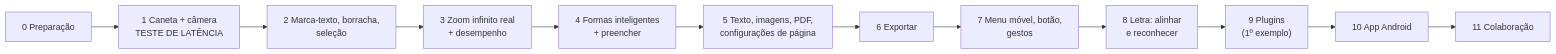
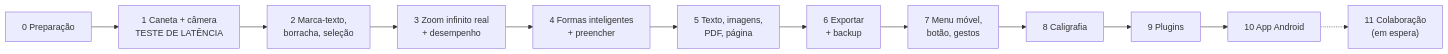
Before and after one commit to OMaia-Pedro/maia-class: the diagram in docs/plano-completo.md, drawn with Mermaid. The commit also changed other lines of this file and 10 other files, not shown here.

````diff
--- a/docs/plano-completo.md
+++ b/docs/plano-completo.md
@@ -154,14 +104,14 @@
 ```mermaid
 flowchart LR
     F0["0 Preparação"] --> F1["1 Caneta + câmera<br/>TESTE DE LATÊNCIA"]
-    F1 --> F2["2 Marca-texto, borracha,<br/>seleção"]
+    F1 --> F2["2 Marca-texto,<br/>borracha, seleção"]
     F2 --> F3["3 Zoom infinito real<br/>+ desempenho"]
     F3 --> F4["4 Formas inteligentes<br/>+ preencher"]
-    F4 --> F5["5 Texto, imagens, PDF,<br/>configurações de página"]
-    F5 --> F6["6 Exportar"]
-    F6 --> F7["7 Menu móvel, botão,<br/>gestos"]
-    F7 --> F8["8 Letra: alinhar<br/>e reconhecer"]
-    F8 --> F9["9 Plugins<br/>(1º exemplo)"]
+    F4 --> F5["5 Texto, imagens,<br/>PDF, página"]
+    F5 --> F6["6 Exportar<br/>+ backup"]
+    F6 --> F7["7 Menu móvel,<br/>botão, gestos"]
+    F7 --> F8["8 Caligrafia"]
+    F8 --> F9["9 Plugins"]
     F9 --> F10["10 App Android"]
-    F10 --> F11["11 Colaboração"]
+    F10 -.-> F11["11 Colaboração<br/>(em espera)"]
 ```
````
